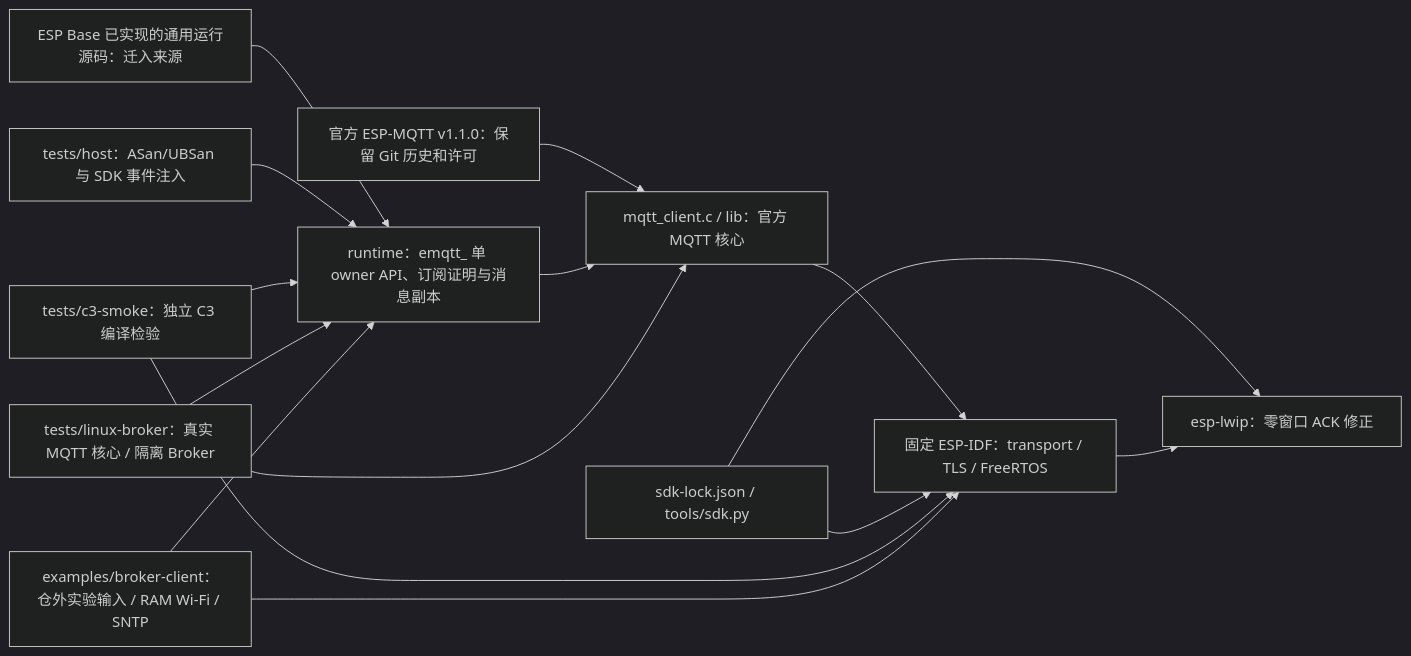
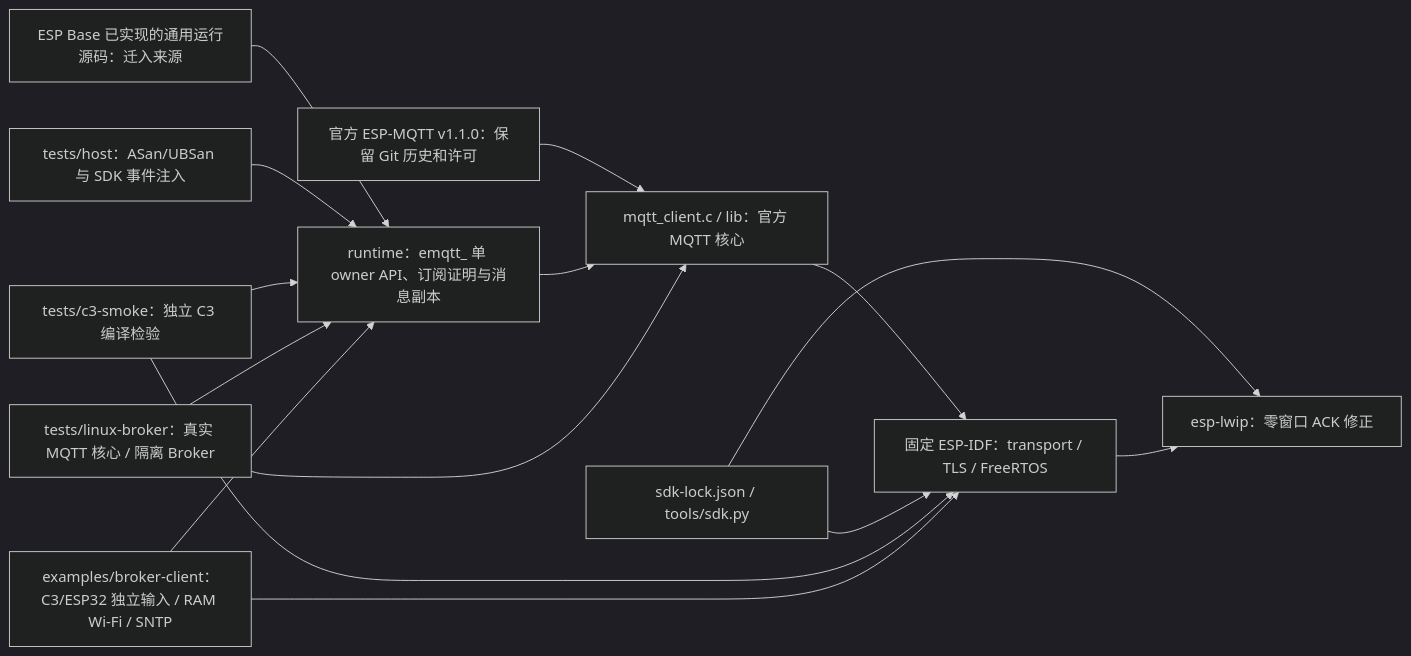
One commit to darren-you/esp-mqtt changed the diagram in README.md. Above: the diagram before and after it, drawn with Mermaid (dark theme). The commit also changed other lines of this file and 13 other files, not shown here.

````diff
--- a/README.md
+++ b/README.md
@@ -7,17 +7,17 @@
 ```mermaid
 flowchart LR
     upstream["官方 ESP-MQTT v1.1.0：保留 Git 历史和许可"] --> core["mqtt_client.c / lib：官方 MQTT 核心"]
     base["ESP Base 已实现的通用运行源码：迁入来源"] --> runtime["runtime：emqtt_ 单 owner API、订阅证明与消息副本"]
     runtime --> core
     core --> idf["固定 ESP-IDF：transport / TLS / FreeRTOS"]
     sdk["sdk-lock.json / tools/sdk.py"] --> idf
     sdk --> lwip["esp-lwip：零窗口 ACK 修正"]
     idf --> lwip
     host["tests/host：ASan/UBSan 与 SDK 事件注入"] --> runtime
     smoke["tests/c3-smoke：独立 C3 编译检验"] --> runtime
     smoke --> idf
     linux["tests/linux-broker：真实 MQTT 核心 / 隔离 Broker"] --> runtime
     linux --> core
-    broker["examples/broker-client：仓外实验输入 / RAM Wi-Fi / SNTP"] --> runtime
+    broker["examples/broker-client：C3/ESP32 独立输入 / RAM Wi-Fi / SNTP"] --> runtime
     broker --> idf
 ```
````
